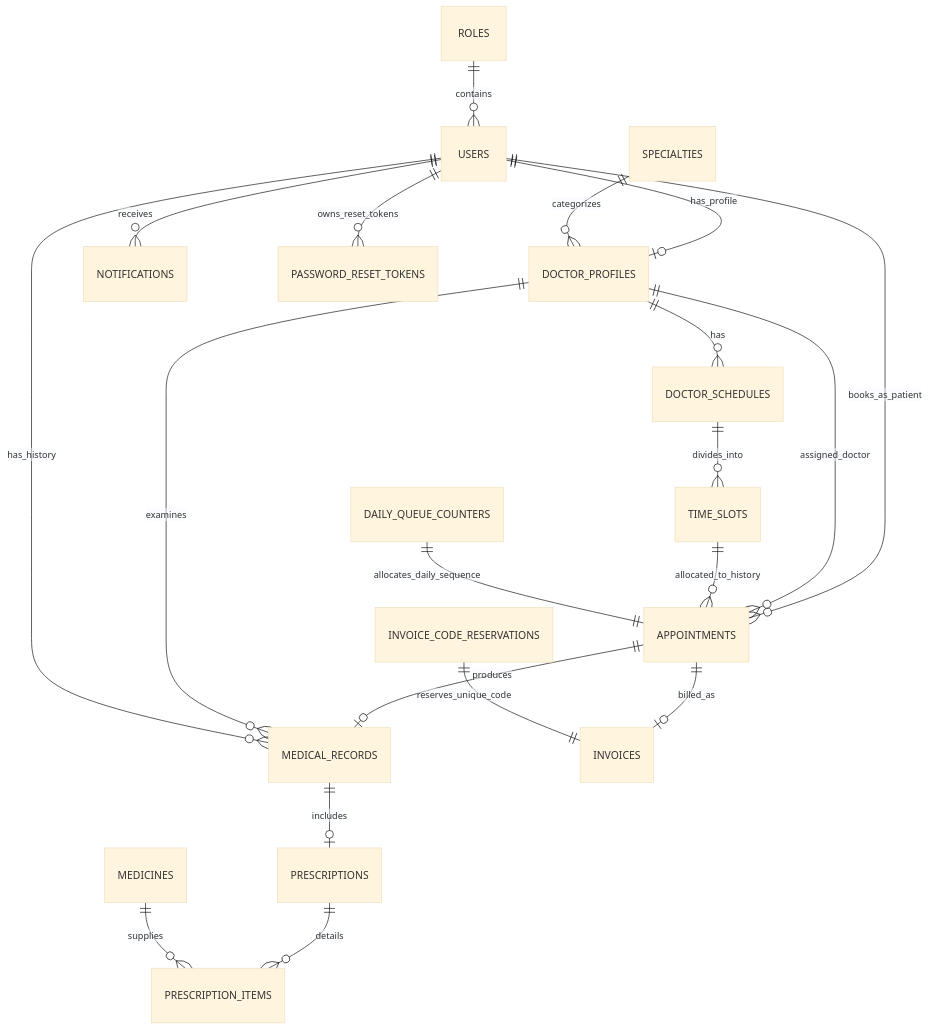
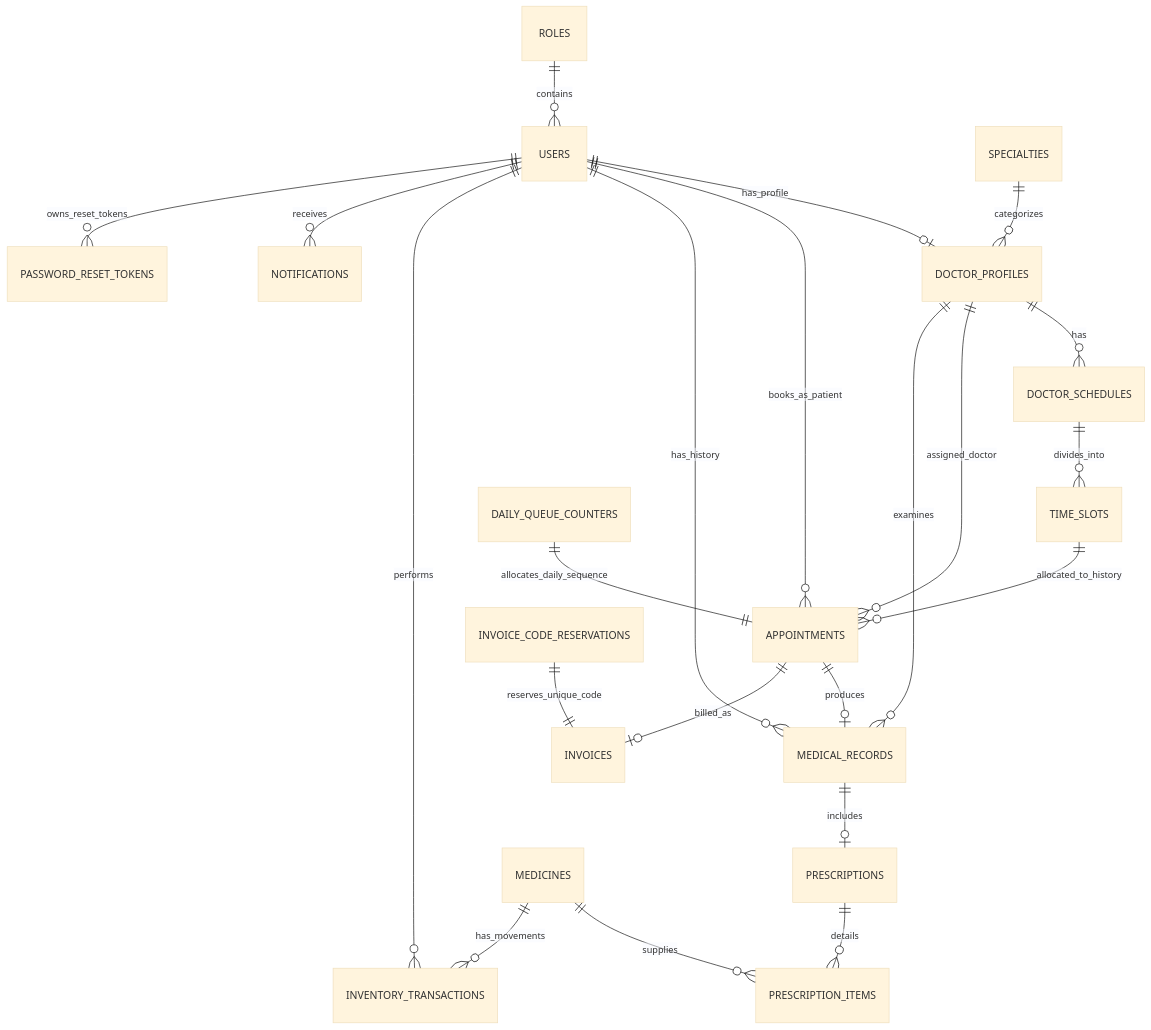
One commit to tranducanhyn99-prog/medclinic-system changed the diagram in docs/03_DATABASE_DESIGN_3NF.md. Above: the diagram before and after it, drawn with Mermaid (base theme). The commit also changed other lines of this file and 25 other files, not shown here.

````diff
--- a/docs/03_DATABASE_DESIGN_3NF.md
+++ b/docs/03_DATABASE_DESIGN_3NF.md
@@ -10,26 +10,28 @@
 ```mermaid
 erDiagram
     ROLES ||--o{ USERS : "contains"
     USERS ||--o| DOCTOR_PROFILES : "has_profile"
     SPECIALTIES ||--o{ DOCTOR_PROFILES : "categorizes"
     DOCTOR_PROFILES ||--o{ DOCTOR_SCHEDULES : "has"
     DOCTOR_SCHEDULES ||--o{ TIME_SLOTS : "divides_into"
 
     USERS ||--o{ APPOINTMENTS : "books_as_patient"
     DOCTOR_PROFILES ||--o{ APPOINTMENTS : "assigned_doctor"
     TIME_SLOTS ||--o{ APPOINTMENTS : "allocated_to_history"
 
     APPOINTMENTS ||--o| MEDICAL_RECORDS : "produces"
     DOCTOR_PROFILES ||--o{ MEDICAL_RECORDS : "examines"
     USERS ||--o{ MEDICAL_RECORDS : "has_history"
 
     MEDICAL_RECORDS ||--o| PRESCRIPTIONS : "includes"
     PRESCRIPTIONS ||--o{ PRESCRIPTION_ITEMS : "details"
     MEDICINES ||--o{ PRESCRIPTION_ITEMS : "supplies"
+    MEDICINES ||--o{ INVENTORY_TRANSACTIONS : "has_movements"
+    USERS ||--o{ INVENTORY_TRANSACTIONS : "performs"
 
     APPOINTMENTS ||--o| INVOICES : "billed_as"
     DAILY_QUEUE_COUNTERS ||--|| APPOINTMENTS : "allocates_daily_sequence"
     INVOICE_CODE_RESERVATIONS ||--|| INVOICES : "reserves_unique_code"
     USERS ||--o{ NOTIFICATIONS : "receives"
     USERS ||--o{ PASSWORD_RESET_TOKENS : "owns_reset_tokens"
 ```
````
